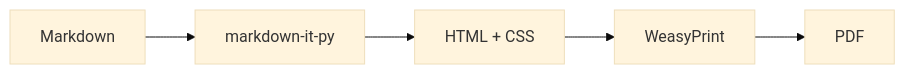
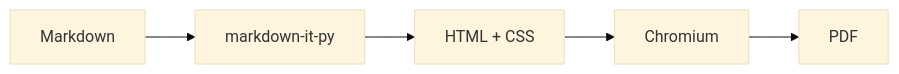
Before and after one commit to ABClize/mdtopdf: the first of 2 diagrams in examples/visual-test-cn.md, drawn with Mermaid (base theme). The commit also changed other lines of this file and 32 other files, not shown here.

Commit message:
Replace WeasyPrint with unified Chromium rendering

````diff
--- a/examples/visual-test-cn.md
+++ b/examples/visual-test-cn.md
@@ -224,7 +224,7 @@
 ```mermaid
 flowchart LR
     A[Markdown] --> B[markdown-it-py]
     B --> C[HTML + CSS]
-    C --> D[WeasyPrint]
+    C --> D[Chromium]
     D --> E[PDF]
 ```
````
